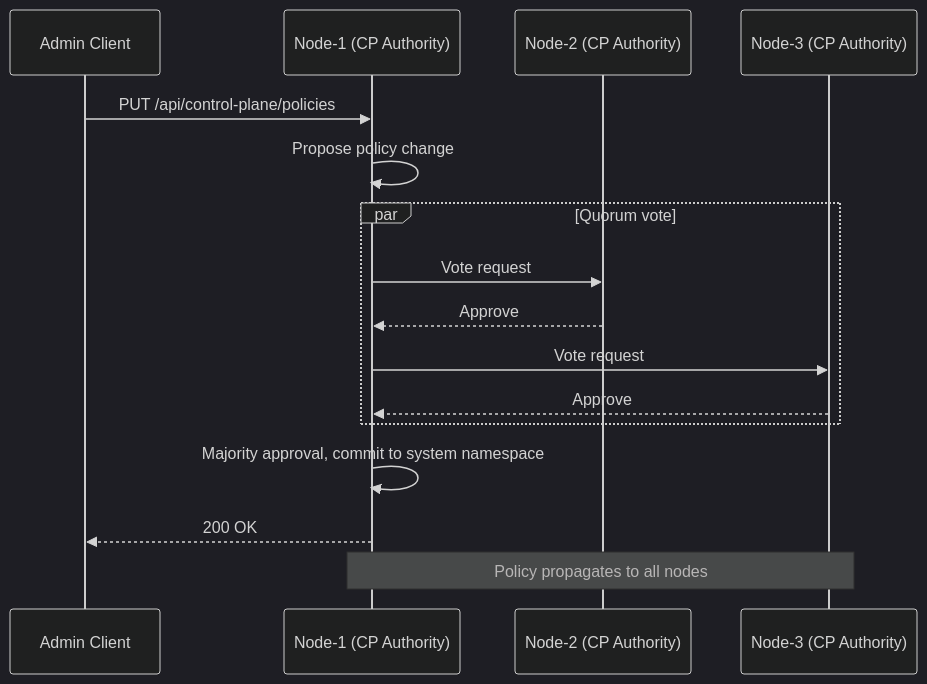
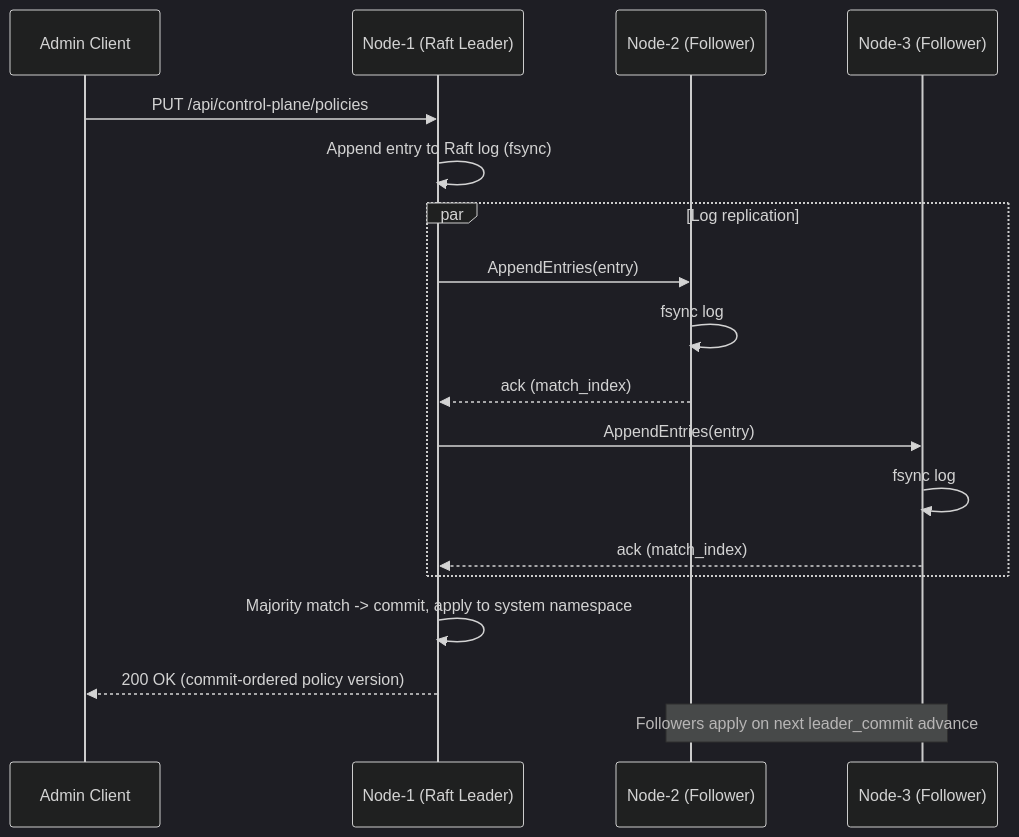
The fifth of 6 diagrams in docs/architecture.md (asteroidb/asteroidb), drawn with Mermaid (dark theme) before and after one commit. The commit also changed other lines of this file and 27 other files, not shown here.

First line of the commit message:
feat(control_plane): replace approval-count quorum with built-in Raft consensus

````diff
--- a/docs/architecture.md
+++ b/docs/architecture.md
@@ -187,22 +268,24 @@
 ```mermaid
 sequenceDiagram
     participant Admin as Admin Client
-    participant N1 as Node-1 (CP Authority)
-    participant N2 as Node-2 (CP Authority)
-    participant N3 as Node-3 (CP Authority)
+    participant N1 as Node-1 (Raft Leader)
+    participant N2 as Node-2 (Follower)
+    participant N3 as Node-3 (Follower)
 
     Admin->>N1: PUT /api/control-plane/policies
-    N1->>N1: Propose policy change
+    N1->>N1: Append entry to Raft log (fsync)
 
-    par Quorum vote
-        N1->>N2: Vote request
-        N2-->>N1: Approve
-        N1->>N3: Vote request
-        N3-->>N1: Approve
+    par Log replication
+        N1->>N2: AppendEntries(entry)
+        N2->>N2: fsync log
+        N2-->>N1: ack (match_index)
+        N1->>N3: AppendEntries(entry)
+        N3->>N3: fsync log
+        N3-->>N1: ack (match_index)
     end
 
-    N1->>N1: Majority approval, commit to system namespace
-    N1-->>Admin: 200 OK
+    N1->>N1: Majority match -> commit, apply to system namespace
+    N1-->>Admin: 200 OK (commit-ordered policy version)
 
-    Note over N1,N3: Policy propagates to all nodes
+    Note over N2,N3: Followers apply on next leader_commit advance
 ```
````
